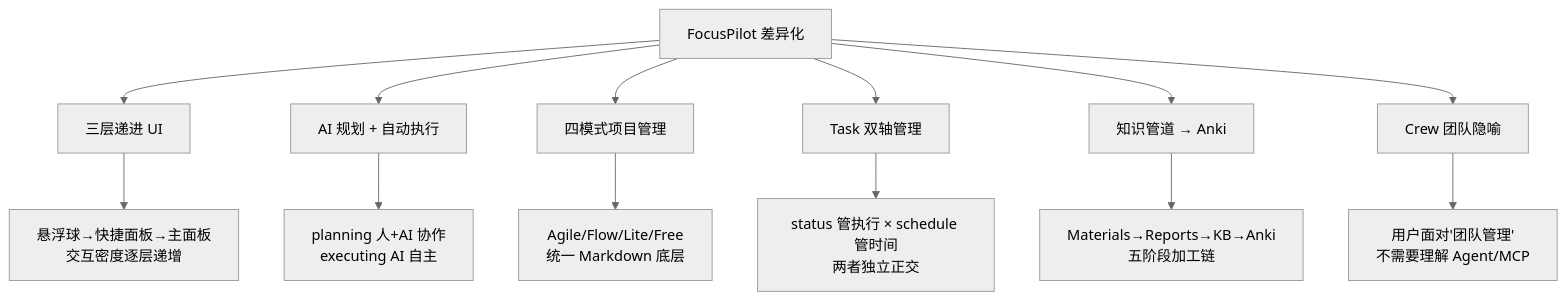
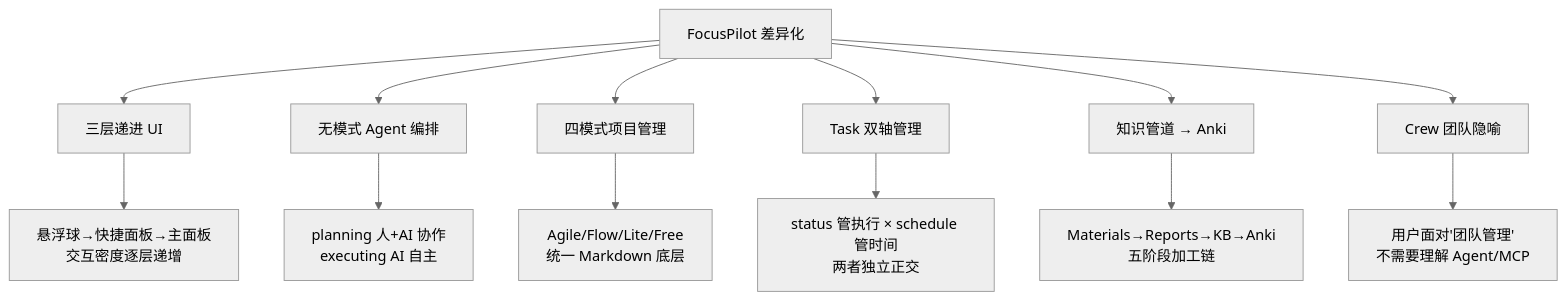
Diagram 19 of 20 in docs/focuspilot-ui-features.md (xxlest/FocusPilot), drawn with Mermaid (neutral theme) before and after one commit. The commit also changed other lines of this file and 2 other files, not shown here.

First line of the commit message:
docs: 彻底删除两阶段概念，改为无模式 Agent 配置驱动执行

````diff
--- a/docs/focuspilot-ui-features.md
+++ b/docs/focuspilot-ui-features.md
@@ -1078,16 +1078,16 @@
 ```mermaid
 graph TD
     A["FocusPilot 差异化"] --> B["三层递进 UI"]
-    A --> C["AI 规划 + 自动执行"]
+    A --> C["无模式 Agent 编排"]
     A --> D["四模式项目管理"]
     A --> E["Task 双轴管理"]
     A --> F["知识管道 → Anki"]
     A --> G["Crew 团队隐喻"]
 
     B --> B1["悬浮球→快捷面板→主面板<br/>交互密度逐层递增"]
     C --> C1["planning 人+AI 协作<br/>executing AI 自主"]
     D --> D1["Agile/Flow/Lite/Free<br/>统一 Markdown 底层"]
     E --> E1["status 管执行 × schedule 管时间<br/>两者独立正交"]
     F --> F1["Materials→Reports→KB→Anki<br/>五阶段加工链"]
     G --> G1["用户面对'团队管理'<br/>不需要理解 Agent/MCP"]
 ```
````
